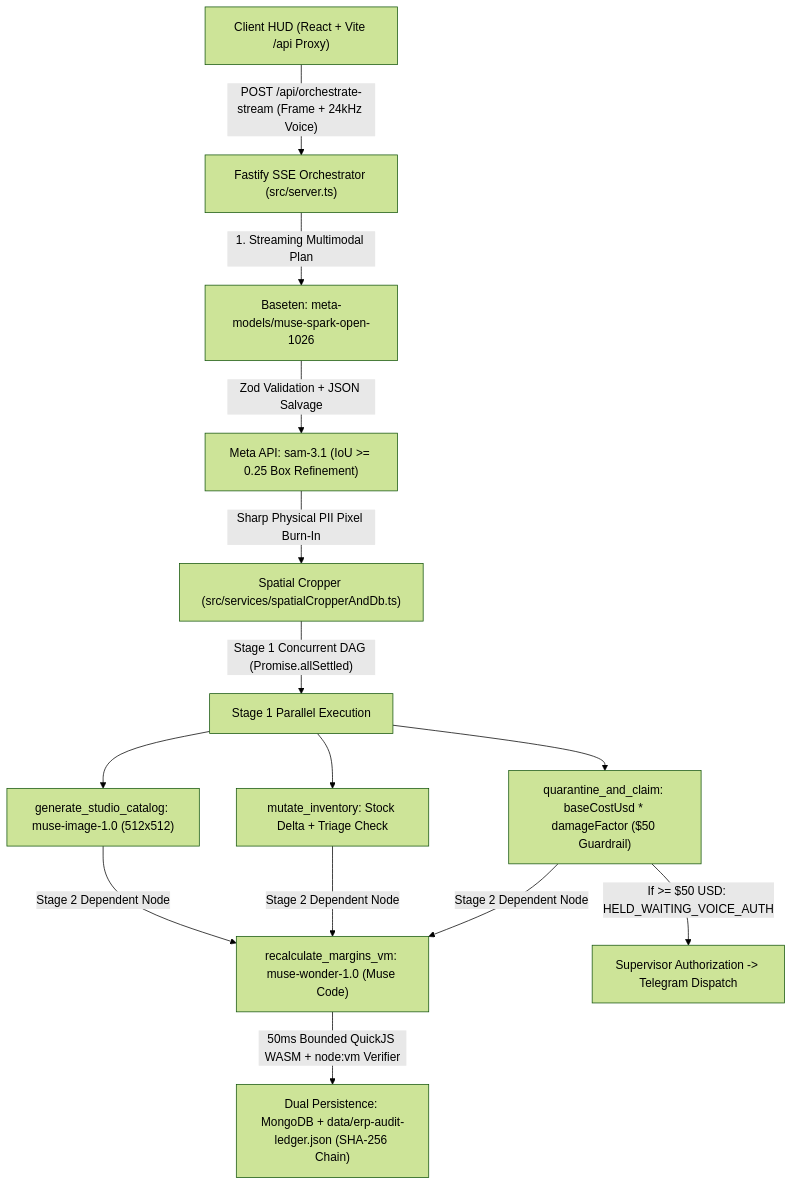
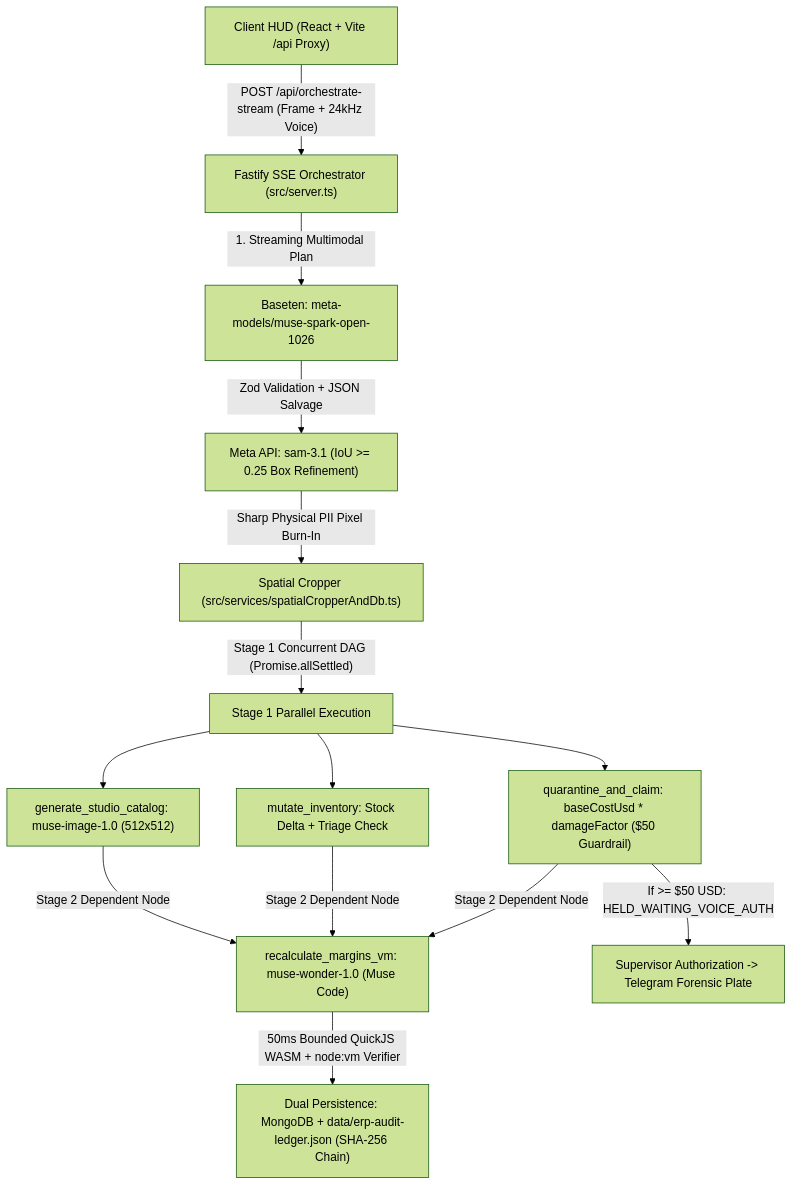
The diagram in README.md (Gabyresina15/kinetix-os), drawn with Mermaid (forest theme) before and after one commit. The commit also changed other lines of this file and 5 other files, not shown here.

````diff
--- a/README.md
+++ b/README.md
@@ -67,14 +77,14 @@
 ```mermaid
 flowchart TD
     UI["Client HUD (React + Vite /api Proxy)"] -->|"POST /api/orchestrate-stream (Frame + 24kHz Voice)"| Server["Fastify SSE Orchestrator (src/server.ts)"]
     Server -->|"1. Streaming Multimodal Plan"| Spark["Baseten: meta-models/muse-spark-open-1026"]
     Spark -->|"Zod Validation + JSON Salvage"| SAM["Meta API: sam-3.1 (IoU >= 0.25 Box Refinement)"]
     SAM -->|"Sharp Physical PII Pixel Burn-In"| Crops["Spatial Cropper (src/services/spatialCropperAndDb.ts)"]
     Crops -->|"Stage 1 Concurrent DAG (Promise.allSettled)"| Stage1["Stage 1 Parallel Execution"]
     Stage1 --> NodeClaim["quarantine_and_claim: baseCostUsd * damageFactor ($50 Guardrail)"]
     Stage1 --> NodeStock["mutate_inventory: Stock Delta + Triage Check"]
     Stage1 --> NodeImage["generate_studio_catalog: muse-image-1.0 (512x512)"]
     NodeClaim & NodeStock & NodeImage -->|"Stage 2 Dependent Node"| Stage2["recalculate_margins_vm: muse-wonder-1.0 (Muse Code)"]
     Stage2 -->|"50ms Bounded QuickJS WASM + node:vm Verifier"| Ledger["Dual Persistence: MongoDB + data/erp-audit-ledger.json (SHA-256 Chain)"]
-    NodeClaim -->|"If >= $50 USD: HELD_WAITING_VOICE_AUTH"| Guardrail["Supervisor Authorization -> Telegram Dispatch"]
+    NodeClaim -->|"If >= $50 USD: HELD_WAITING_VOICE_AUTH"| Guardrail["Supervisor Authorization -> Telegram Forensic Plate"]
 ```
````
